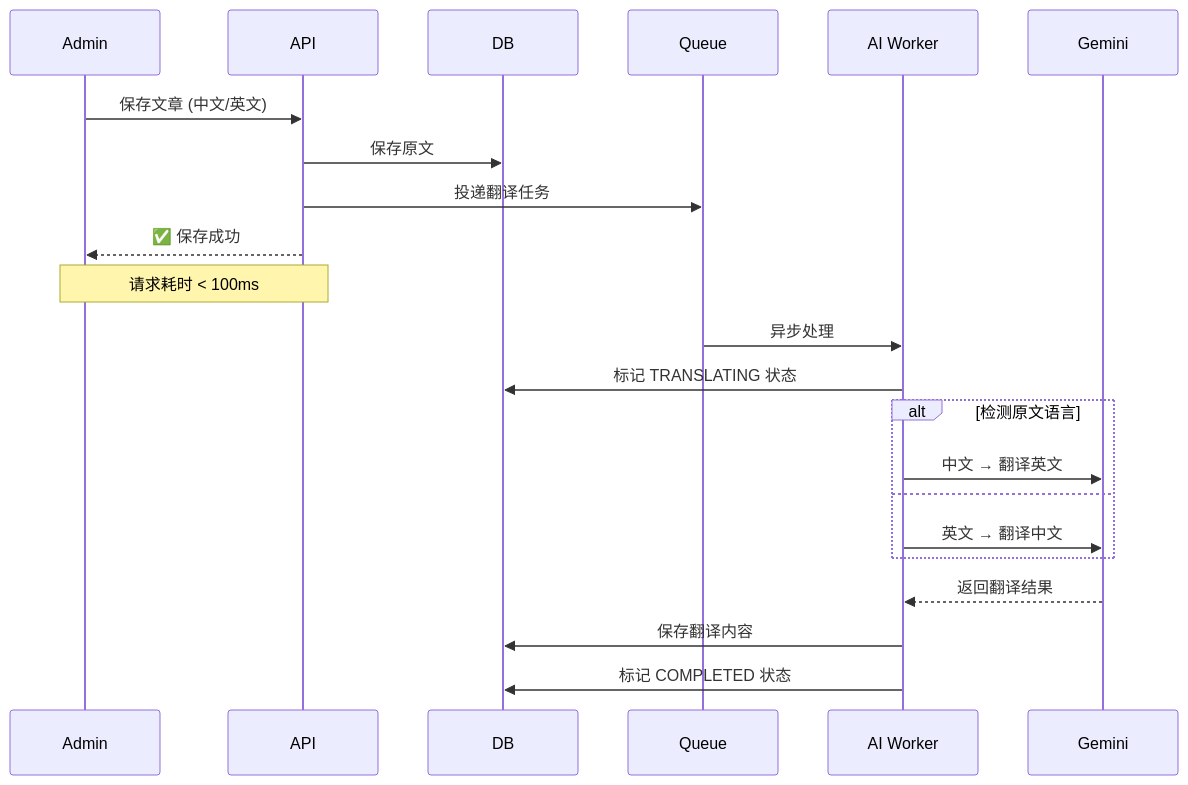
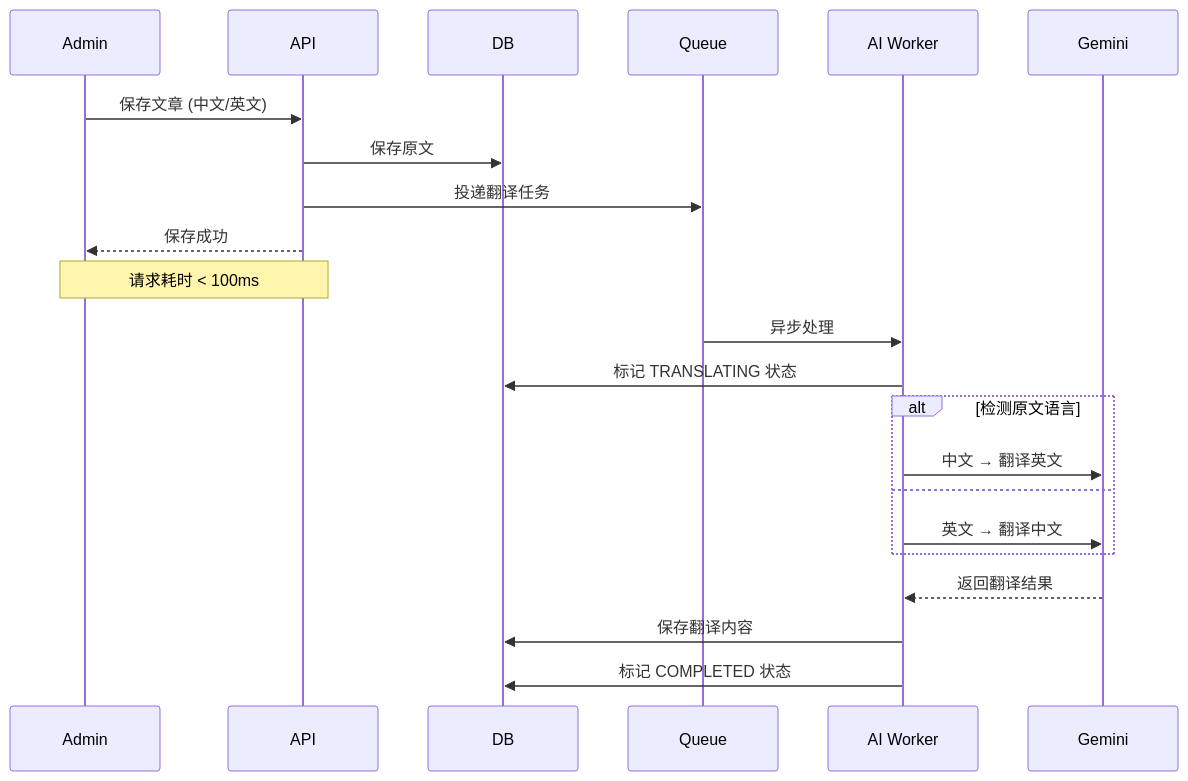
One commit to MrBigPorter/JoyMini_Nest_Monorepo changed the diagram in docs/blog/architecture/BLOG_MULTILINGUAL_IMPLEMENTATION.md. Above: the diagram before and after it, drawn with Mermaid. The commit also changed other lines of this file and 297 other files, not shown here.

First line of the commit message:
refactor(frontend-blog): simplify platform architecture and unify query hooks

````diff
--- a/docs/blog/architecture/BLOG_MULTILINGUAL_IMPLEMENTATION.md
+++ b/docs/blog/architecture/BLOG_MULTILINGUAL_IMPLEMENTATION.md
@@ -77,30 +77,30 @@
 ```mermaid
 sequenceDiagram
     participant Admin
     participant API
     participant DB
     participant Queue
     participant AI Worker
     participant Gemini
 
     Admin->>API: 保存文章 (中文/英文)
     API->>DB: 保存原文
     API->>Queue: 投递翻译任务
-    API-->>Admin: ✅ 保存成功
+    API-->>Admin:  保存成功
 
     Note over Admin,API: 请求耗时 < 100ms
 
     Queue->>AI Worker: 异步处理
     AI Worker->>DB: 标记 TRANSLATING 状态
 
     alt 检测原文语言
         AI Worker->>Gemini: 中文 → 翻译英文
     else
         AI Worker->>Gemini: 英文 → 翻译中文
     end
 
     Gemini-->>AI Worker: 返回翻译结果
 
     AI Worker->>DB: 保存翻译内容
     AI Worker->>DB: 标记 COMPLETED 状态
 ```
````
